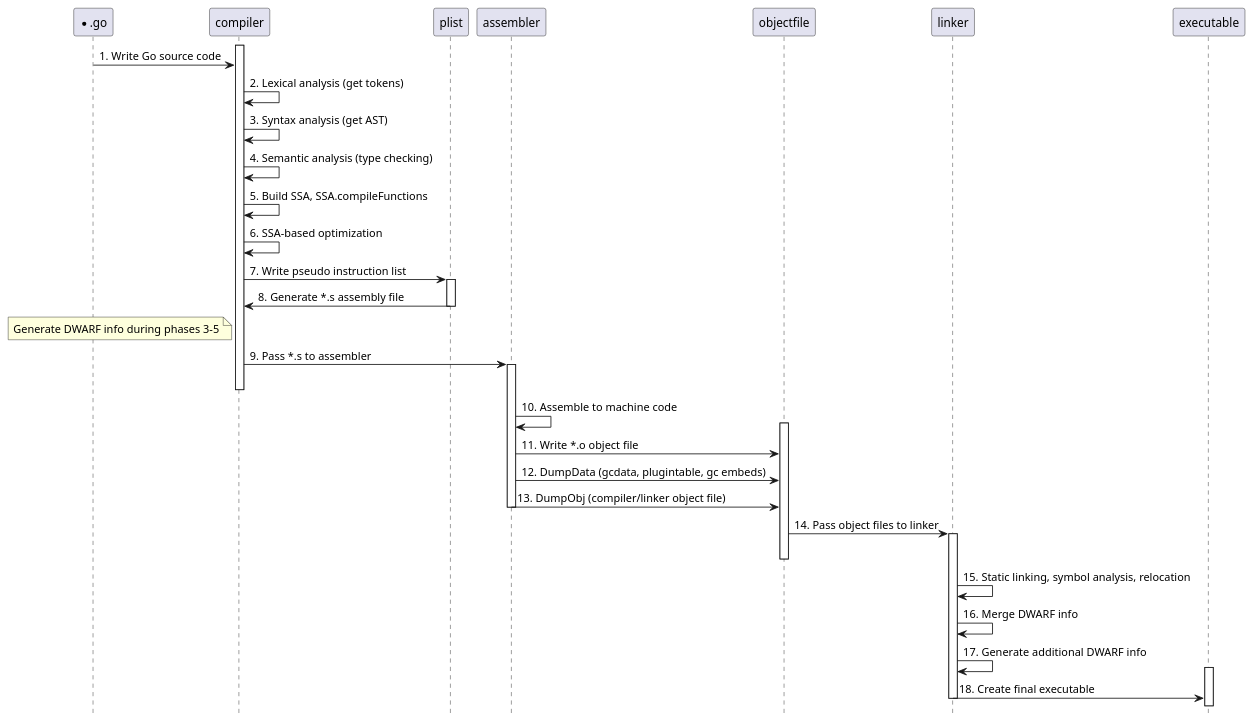
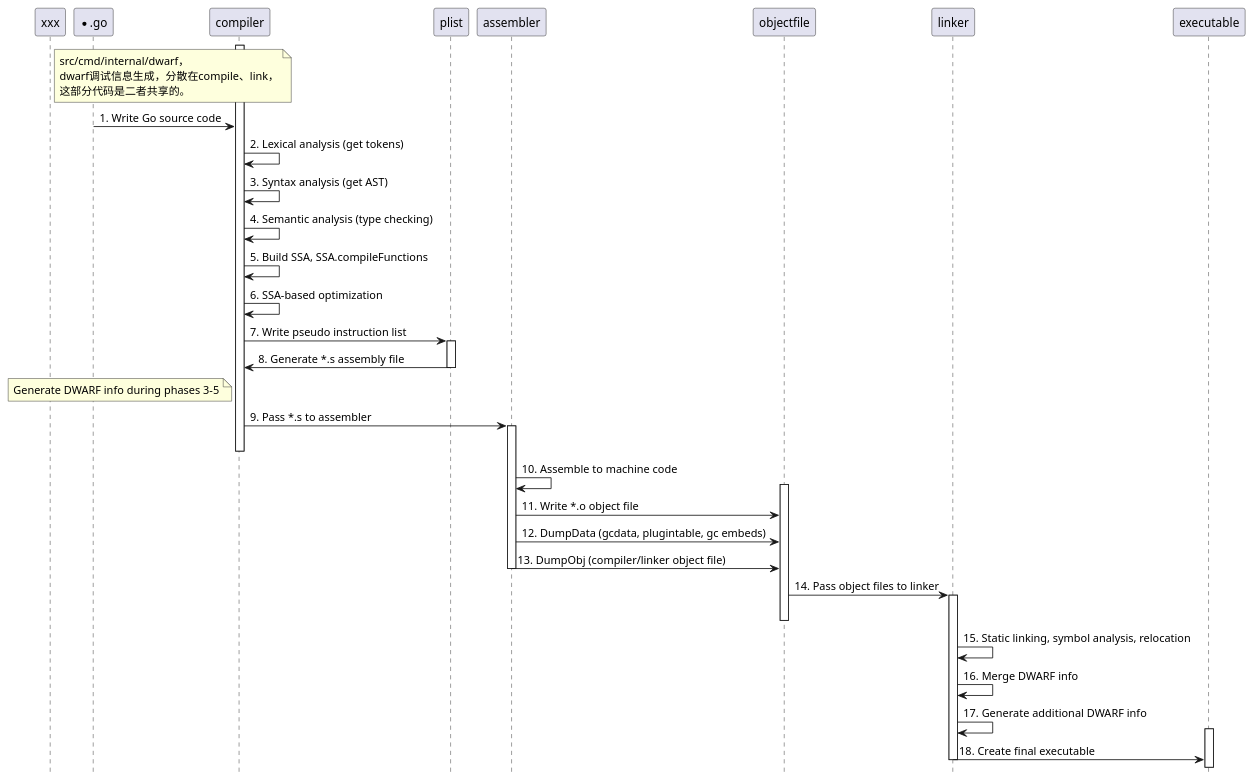
Before and after one commit to hitzhangjie/go: the diagram in dwarfgen.puml, drawn with PlantUML. The commit also changed 1 other file, not shown here.

Commit message:
docs: add labels about how dwarf info generated during compilation and linking
For golang:
- compiler generate the most of the info which required

```diff
--- a/dwarfgen.puml
+++ b/dwarfgen.puml
@@ -1,50 +1,53 @@
 @startuml
 
 hide footbox
+
+participant "xxx"
+note right of xxx: src/cmd/internal/dwarf， \ndwarf调试信息生成，分散在compile、link，\n这部分代码是二者共享的。
 
 ' Define participants
 participant "*.go" as P0
 participant "compiler" as P1
 participant "plist" as P2
 participant "assembler" as P3
 participant "objectfile" as P4
 participant "linker" as P5
 participant "executable" as P6
 
 ' Compilation Phase
 activate P1
 P0 -> P1: 1. Write Go source code
 P1 -> P1: 2. Lexical analysis (get tokens)
 P1 -> P1: 3. Syntax analysis (get AST)
 P1 -> P1: 4. Semantic analysis (type checking)
 P1 -> P1: 5. Build SSA, SSA.compileFunctions
 P1 -> P1: 6. SSA-based optimization
 P1 -> P2: 7. Write pseudo instruction list
 activate P2
 P2 -> P1: 8. Generate *.s assembly file
 deactivate P2
 note left of P1: Generate DWARF info during phases 3-5
 P1 -> P3: 9. Pass *.s to assembler
 activate P3
 deactivate P1
 
 ' Assembly Phase
 P3 -> P3: 10. Assemble to machine code
 activate P4
 P3 -> P4: 11. Write *.o object file
 P3 -> P4: 12. DumpData (gcdata, plugintable, gc embeds)
 P3 -> P4: 13. DumpObj (compiler/linker object file)
 deactivate P3
 
 ' Linking Phase
 P4 -> P5: 14. Pass object files to linker
 activate P5
 deactivate P4
 P5 -> P5: 15. Static linking, symbol analysis, relocation
 P5 -> P5: 16. Merge DWARF info
 P5 -> P5: 17. Generate additional DWARF info
 activate P6
 P5 -> P6: 18. Create final executable
 deactivate P5
 
 @enduml
```
